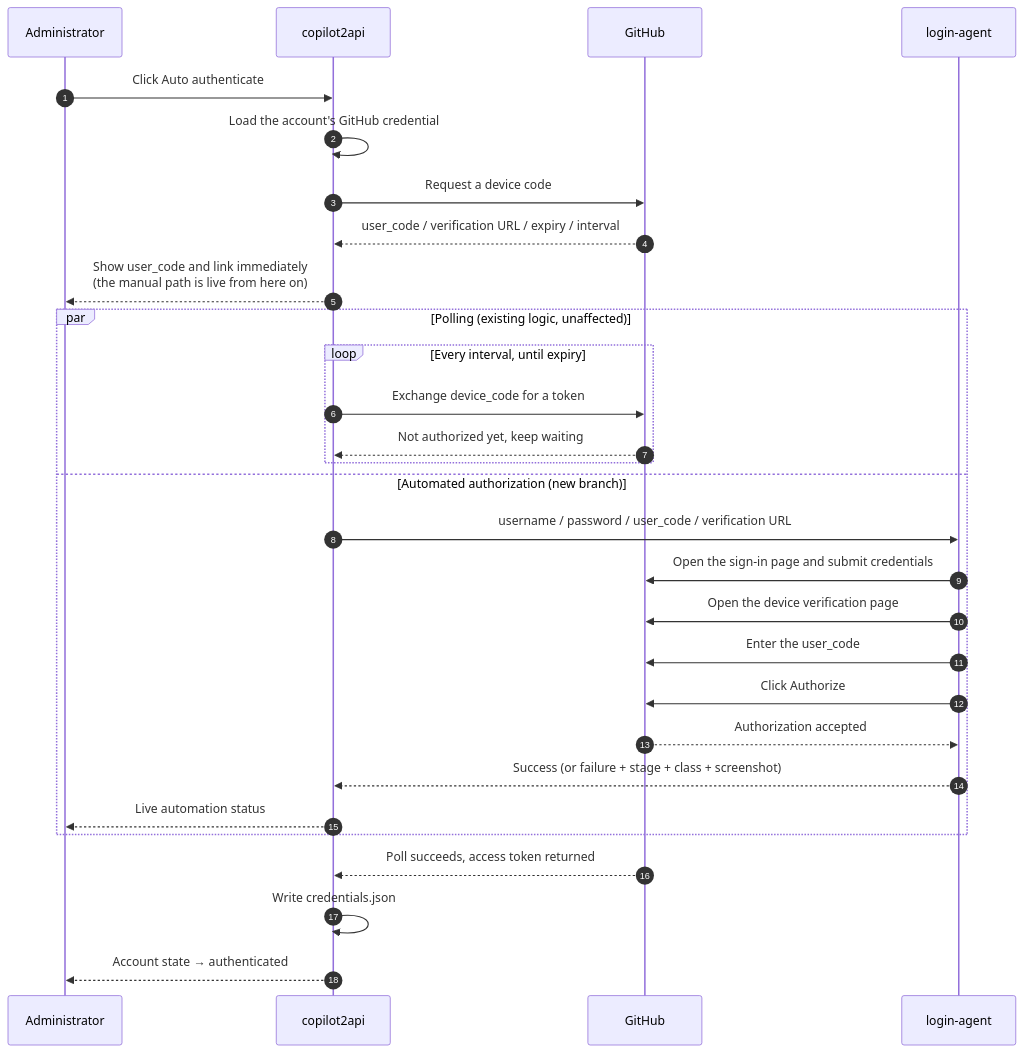
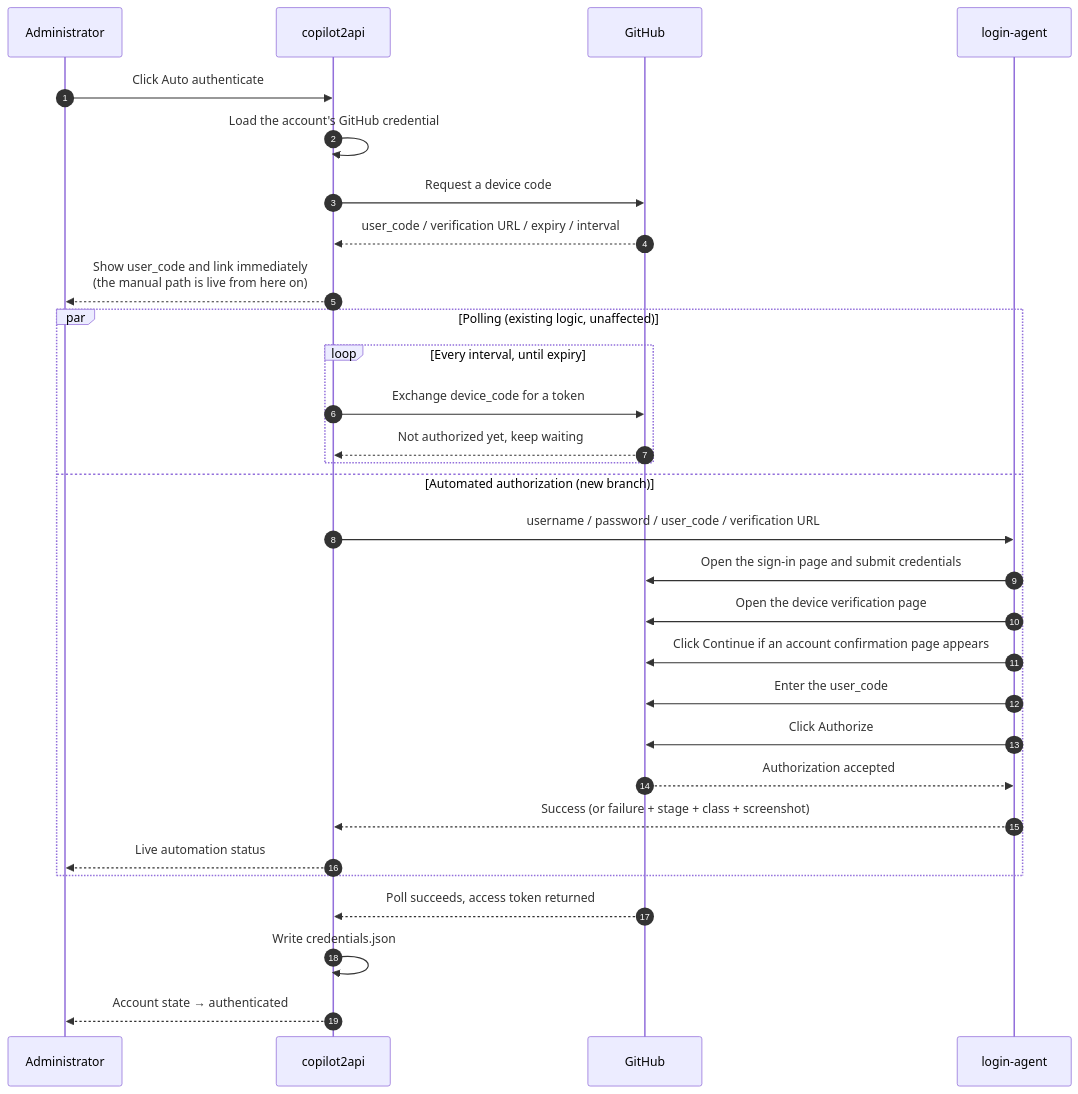
The second of 4 diagrams in docs/auto-login-design.md (nickhou1983/copilot2api-multiusers), drawn with Mermaid before and after one commit. The commit also changed other lines of this file and 9 other files, not shown here.

First line of the commit message:
fix: handle github device activation account confirmation page

````diff
--- a/docs/auto-login-design.md
+++ b/docs/auto-login-design.md
@@ -123,34 +123,35 @@
 ```mermaid
 sequenceDiagram
     autonumber
     participant A as Administrator
     participant P as copilot2api
     participant G as GitHub
     participant L as login-agent
 
     A->>P: Click Auto authenticate
     P->>P: Load the account's GitHub credential
     P->>G: Request a device code
     G-->>P: user_code / verification URL / expiry / interval
     P-->>A: Show user_code and link immediately<br/>(the manual path is live from here on)
 
     par Polling (existing logic, unaffected)
         loop Every interval, until expiry
             P->>G: Exchange device_code for a token
             G-->>P: Not authorized yet, keep waiting
         end
     and Automated authorization (new branch)
         P->>L: username / password / user_code / verification URL
         L->>G: Open the sign-in page and submit credentials
         L->>G: Open the device verification page
+        L->>G: Click Continue if an account confirmation page appears
         L->>G: Enter the user_code
         L->>G: Click Authorize
         G-->>L: Authorization accepted
         L-->>P: Success (or failure + stage + class + screenshot)
         P-->>A: Live automation status
     end
 
     G-->>P: Poll succeeds, access token returned
     P->>P: Write credentials.json
     P-->>A: Account state → authenticated
 ```
````
